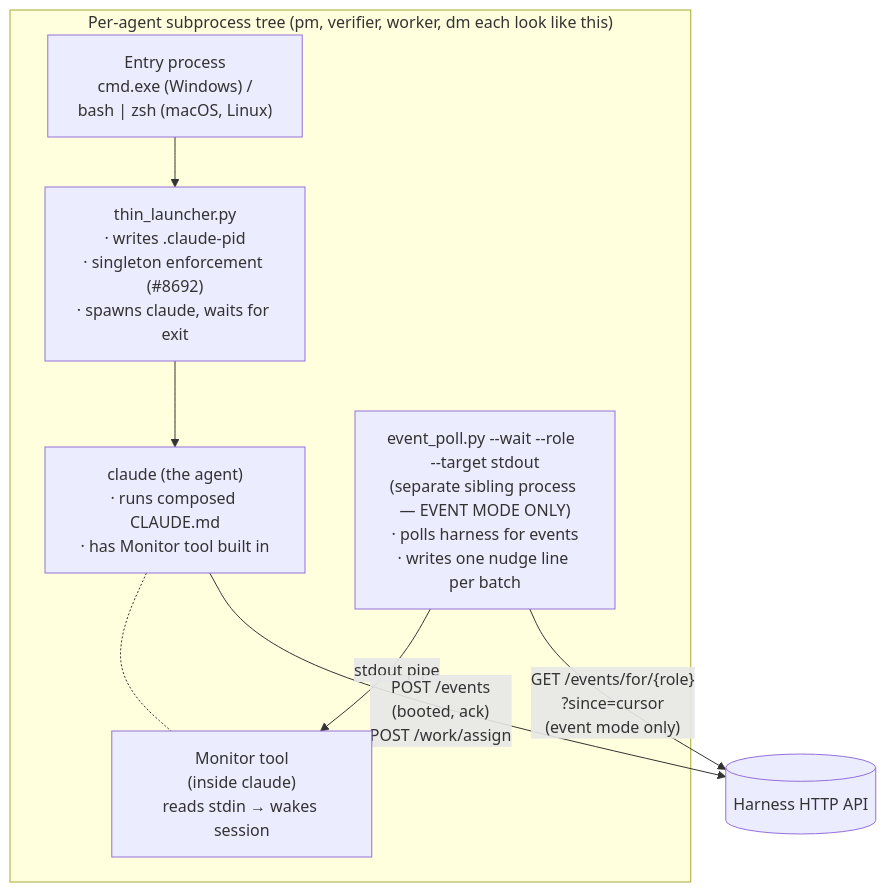
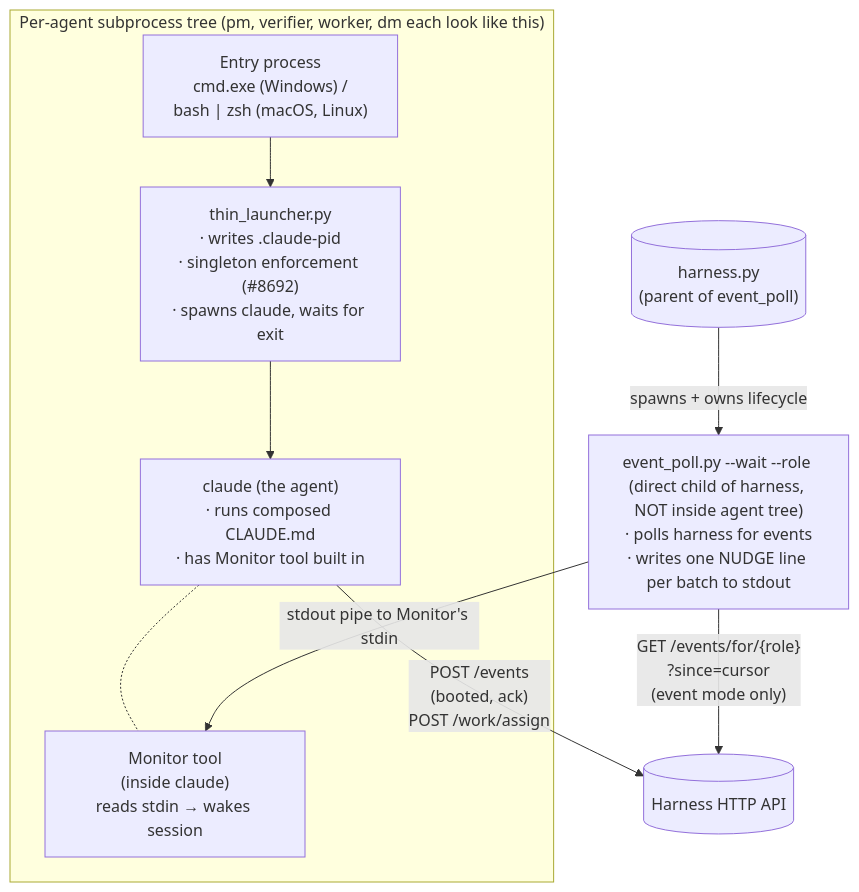
The third of 15 diagrams in docs/AGENT-RUNTIME.md (WallyDoodlez/SquidSquad), drawn with Mermaid before and after one commit. The commit also changed other lines of this file and 3 other files, not shown here.

First line of the commit message:
docs: close pre-existing gaps — event_poll placement + respawn + 6 polish fixes

````diff
--- a/docs/AGENT-RUNTIME.md
+++ b/docs/AGENT-RUNTIME.md
@@ -169,19 +169,24 @@
 ```mermaid
 flowchart TB
+    Harness[("harness.py<br/>(parent of event_poll)")]
+
     subgraph agent_tree["Per-agent subprocess tree (pm, verifier, worker, dm each look like this)"]
         Cmd["Entry process<br/>cmd.exe (Windows) /<br/>bash | zsh (macOS, Linux)"]
         TL["thin_launcher.py<br/>· writes .claude-pid<br/>· singleton enforcement (#8692)<br/>· spawns claude, waits for exit"]
         Claude["claude (the agent)<br/>· runs composed CLAUDE.md<br/>· has Monitor tool built in"]
         Monitor["Monitor tool<br/>(inside claude)<br/>reads stdin → wakes session"]
-        Poll["event_poll.py --wait --role <role> --target stdout<br/>(separate sibling process — EVENT MODE ONLY)<br/>· polls harness for events<br/>· writes one nudge line per batch"]
 
         Cmd --> TL
         TL --> Claude
         Claude -.- Monitor
-        Poll -- "stdout pipe" --> Monitor
     end
+
+    Poll["event_poll.py --wait --role <role><br/>(direct child of harness, NOT inside agent tree)<br/>· polls harness for events<br/>· writes one NUDGE line per batch to stdout"]
+
+    Harness -- spawns + owns lifecycle --> Poll
+    Poll -- "stdout pipe to Monitor's stdin" --> Monitor
 
     HarnessAPI[("Harness HTTP API")]
     Poll -- "GET /events/for/{role}<br/>?since=cursor<br/>(event mode only)" --> HarnessAPI
     Claude -- "POST /events<br/>(booted, ack)<br/>POST /work/assign" --> HarnessAPI
 ```
````
